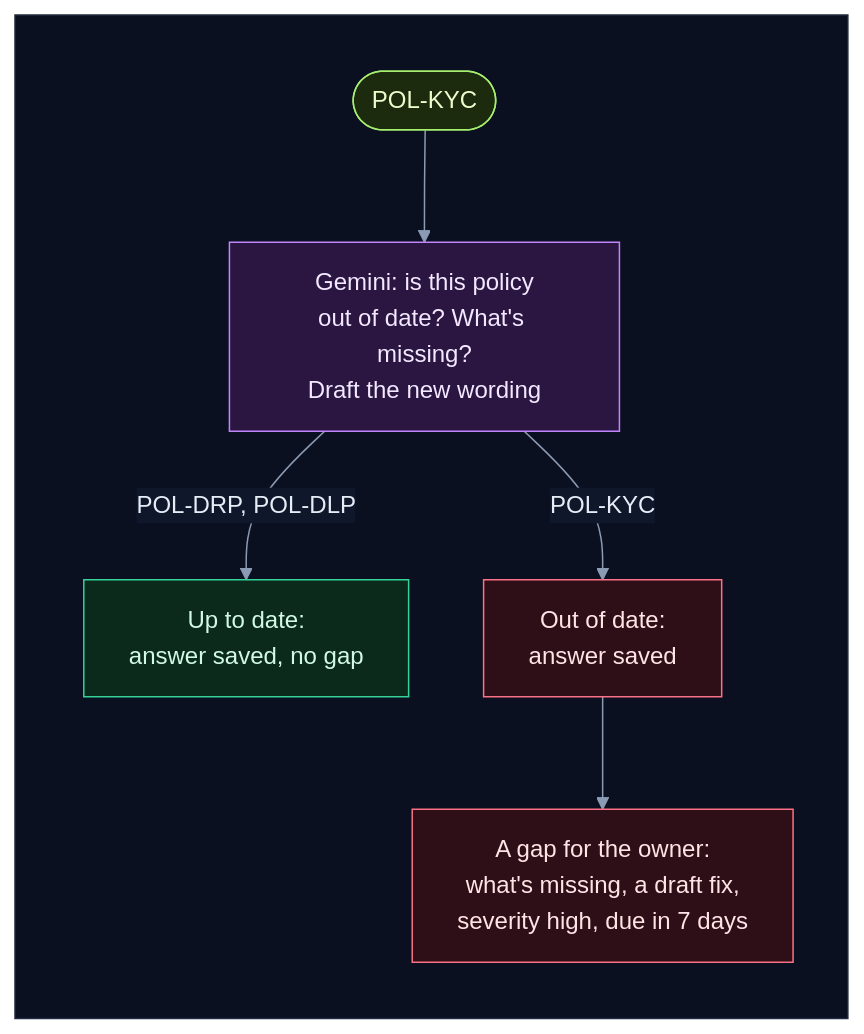
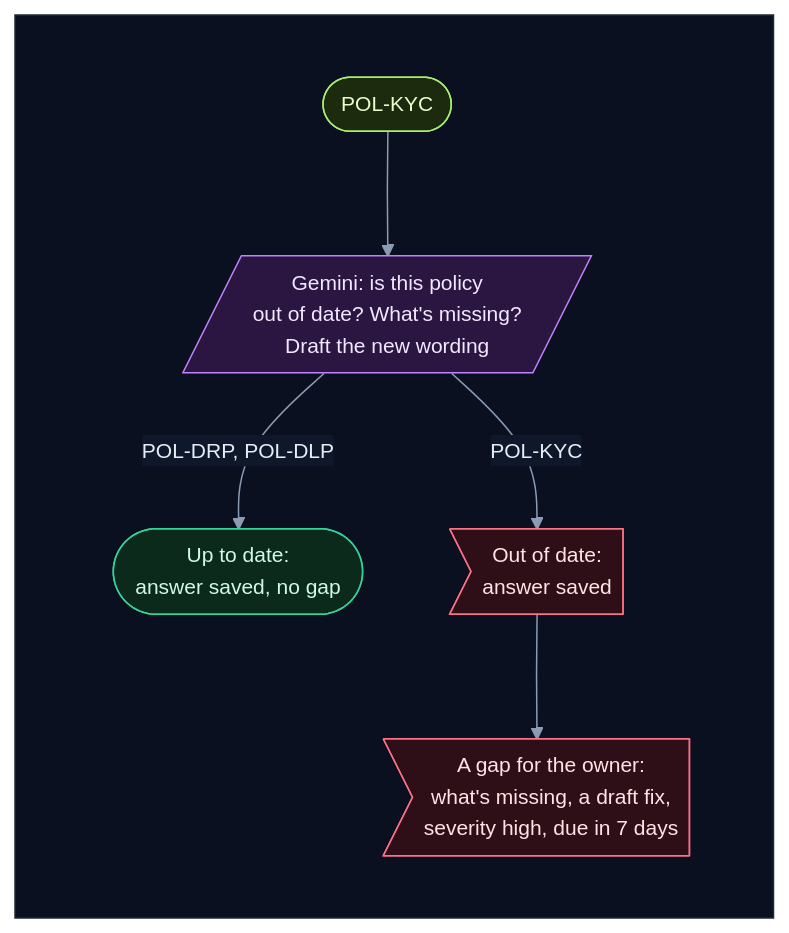
Before and after one commit to selvakumarperumal/Regulatory_Circular_Impact_Agent: diagram 14 of 57 in how_it_works.md, drawn with Mermaid. The commit also changed other lines of this file and 5 other files, not shown here.

Commit message:
Give the docs' flowcharts a shape per kind of part, more room and slightly smaller text

````diff
--- a/how_it_works.md
+++ b/how_it_works.md
@@ -738,26 +738,26 @@
 ```mermaid
-%%{init: {"theme": "base", "flowchart": {"diagramPadding": 0}, "themeVariables": {"darkMode": true, "primaryColor": "#16213a", "primaryTextColor": "#e6edf7", "primaryBorderColor": "#475a7a", "lineColor": "#8b9bb4", "secondaryColor": "#1b2436", "tertiaryColor": "#101a2e", "edgeLabelBackground": "#0f172a", "textColor": "#e2e8f0", "clusterBkg": "#0f1728", "clusterBorder": "#2b3a55", "titleColor": "#c4b5fd", "nodeTextColor": "#e6edf7"}}}%%
+%%{init: {"theme": "base", "flowchart": {"diagramPadding": 0, "nodeSpacing": 58, "rankSpacing": 58, "curve": "basis"}, "themeVariables": {"fontSize": "14px", "darkMode": true, "primaryColor": "#16213a", "primaryTextColor": "#e6edf7", "primaryBorderColor": "#475a7a", "lineColor": "#8b9bb4", "secondaryColor": "#1b2436", "tertiaryColor": "#101a2e", "edgeLabelBackground": "#0f172a", "textColor": "#e2e8f0", "clusterBkg": "#0f1728", "clusterBorder": "#2b3a55", "titleColor": "#c4b5fd", "nodeTextColor": "#e6edf7"}}}%%
 flowchart TD
     subgraph canvas[" "]
         direction TB
-        p(["POL-KYC"]) --> g["Gemini: is this policy<br/>out of date? What's missing?<br/>Draft the new wording"]
-        g -->|"POL-DRP, POL-DLP"| up["Up to date:<br/>answer saved, no gap"]
-        g -->|"POL-KYC"| od["Out of date:<br/>answer saved"]
-        od --> gap["A gap for the owner:<br/>what's missing, a draft fix,<br/>severity high, due in 7 days"]
+        p(["POL-KYC"]) --> g[/"Gemini: is this policy<br/>out of date? What's missing?<br/>Draft the new wording"/]
+        g -->|"POL-DRP, POL-DLP"| up(["Up to date:<br/>answer saved, no gap"])
+        g -->|"POL-KYC"| od>"Out of date:<br/>answer saved"]
+        od --> gap>"A gap for the owner:<br/>what's missing, a draft fix,<br/>severity high, due in 7 days"]
     end
     classDef svc fill:#0e2a2c,stroke:#2dd4bf,color:#ccfbf1
     classDef data fill:#1c1a47,stroke:#818cf8,color:#e0e7ff
     classDef ext fill:#2a1640,stroke:#c084fc,color:#f3e8ff
     classDef gpu fill:#2d1b0c,stroke:#fb923c,color:#ffedd5
     classDef ask fill:#2a2410,stroke:#fbbf24,color:#fef3c7
     classDef ok fill:#0b2a1c,stroke:#34d399,color:#d1fae5
     classDef bad fill:#2e0f17,stroke:#fb7185,color:#ffe4e6
     classDef start fill:#1c2a0e,stroke:#a7ef6f,color:#ecfccb
     classDef muted fill:#1a2130,stroke:#64748b,color:#cbd5e1
     classDef queue fill:#0c2231,stroke:#38bdf8,color:#e0f2fe
     class p start
     class g ext
     class up ok
     class od,gap bad
     style canvas fill:#0b1020,stroke:#1e293b,color:#0b1020
 ```
````
